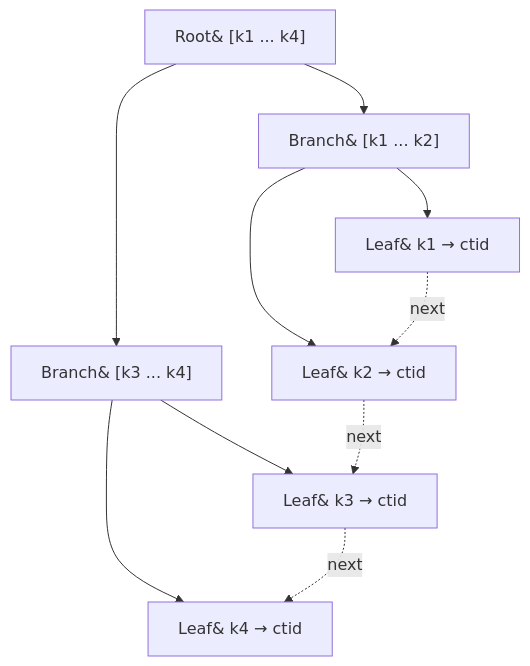
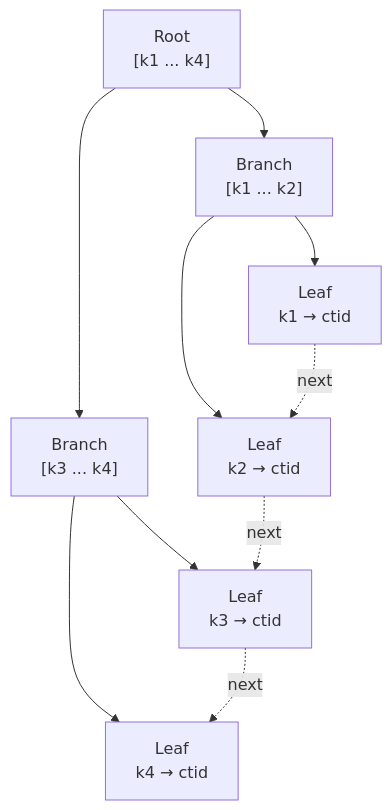
The diagram in apps/api/src/curriculum/intermediate/index/index.md (onvolee/sql-learn), drawn with Mermaid before and after one commit. The commit also changed 3 other files, not shown here.

First line of the commit message:
fix(curriculum): replace unsupported HTML entities in mermaid labels

````diff
--- a/apps/api/src/curriculum/intermediate/index/index.md
+++ b/apps/api/src/curriculum/intermediate/index/index.md
@@ -22,19 +22,19 @@
 ```mermaid
 flowchart TD
-  R["Root&#10;[k1 ... k4]"]
-  N1["Branch&#10;[k1 ... k2]"]
-  N2["Branch&#10;[k3 ... k4]"]
-  L1["Leaf&#10;k1 &rarr; ctid"]
-  L2["Leaf&#10;k2 &rarr; ctid"]
-  L3["Leaf&#10;k3 &rarr; ctid"]
-  L4["Leaf&#10;k4 &rarr; ctid"]
+  R["Root<br/>[k1 ... k4]"]
+  N1["Branch<br/>[k1 ... k2]"]
+  N2["Branch<br/>[k3 ... k4]"]
+  L1["Leaf<br/>k1 → ctid"]
+  L2["Leaf<br/>k2 → ctid"]
+  L3["Leaf<br/>k3 → ctid"]
+  L4["Leaf<br/>k4 → ctid"]
   R --> N1
   R --> N2
   N1 --> L1
   N1 --> L2
   N2 --> L3
   N2 --> L4
   L1 -. next .-> L2
   L2 -. next .-> L3
   L3 -. next .-> L4
 ```
````
